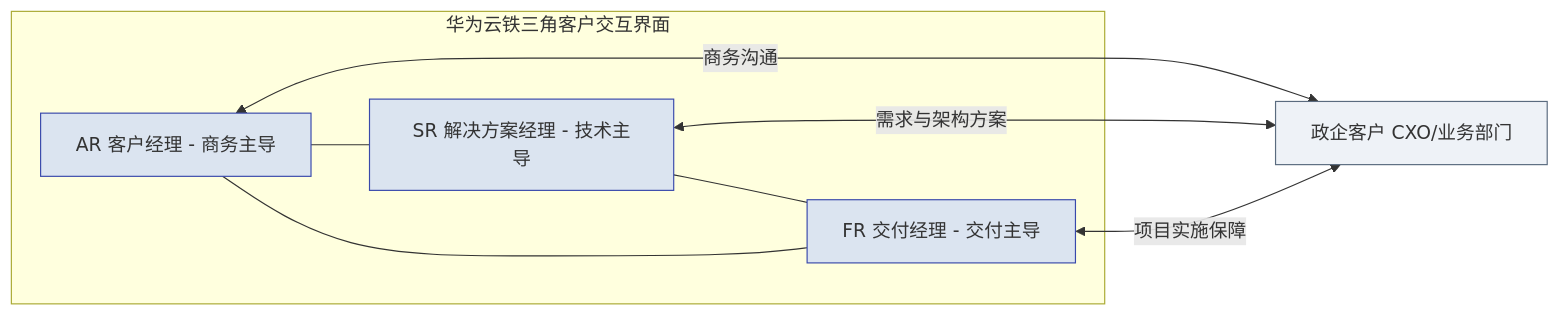
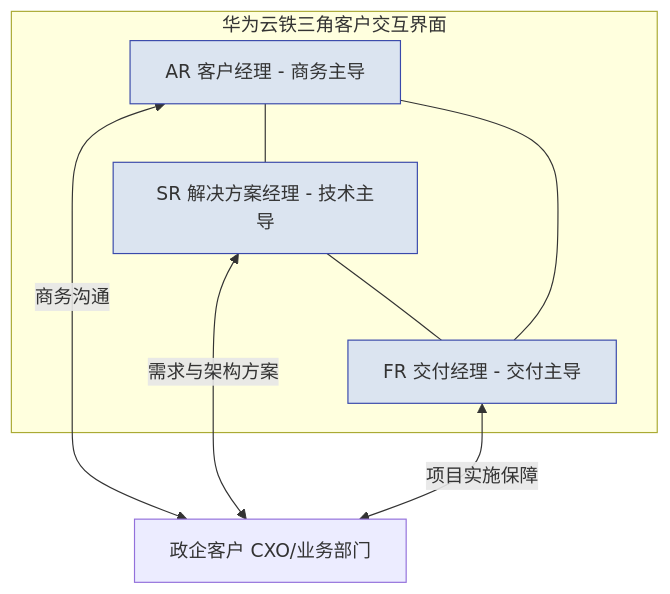
Before and after one commit to cloudzun/fde-course: the second of 4 diagrams in textbook/第13章_中国云服务商的FDE实践图谱.md, drawn with Mermaid. The commit also changed other lines of this file and 10 other files, not shown here.

Commit message:
style: 全库mermaid配色统一以第11章为标准——删主色灰底style，仅保留强调蓝/琥珀金/绿/红四色点缀（40行，方向与第11章图不动）

````diff
--- a/textbook/第13章_中国云服务商的FDE实践图谱.md
+++ b/textbook/第13章_中国云服务商的FDE实践图谱.md
@@ -110,20 +110,19 @@
 ```mermaid
-graph LR
+graph TD
     subgraph tri["华为云铁三角客户交互界面"]
         AR["AR 客户经理 - 商务主导"] 
         SR["SR 解决方案经理 - 技术主导"] 
         FR["FR 交付经理 - 交付主导"]
         AR --- SR
         SR --- FR
         FR --- AR
     end
     Client["政企客户 CXO/业务部门"]
     AR <-->|商务沟通| Client
     SR <-->|需求与架构方案| Client
     FR <-->|项目实施保障| Client
 
     style AR fill:#dbe4f0,stroke:#3949ab
     style SR fill:#dbe4f0,stroke:#3949ab
     style FR fill:#dbe4f0,stroke:#3949ab
-    style Client fill:#eef2f7,stroke:#5a6b7f
 ```
````
